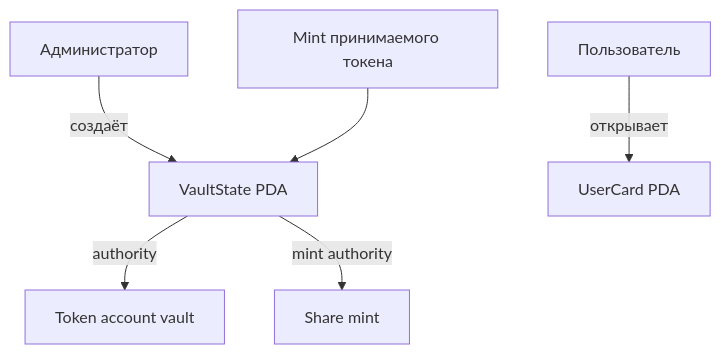
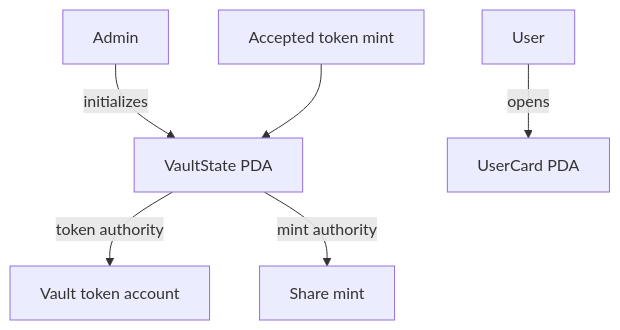
The diagram in README.md (BerikbaiNurai/Solana-course-), drawn with Mermaid before and after one commit. The commit also changed other lines of this file, not shown here.

````diff
--- a/README.md
+++ b/README.md
@@ -28,8 +28,8 @@
 ```mermaid
 flowchart TD
-    Admin[Администратор] -->|создаёт| State[VaultState PDA]
-    User[Пользователь] -->|открывает| Card[UserCard PDA]
-    Mint[Mint принимаемого токена] --> State
-    State -->|authority| Custody[Token account vault]
+    Admin[Admin] -->|initializes| State[VaultState PDA]
+    User[User] -->|opens| Card[UserCard PDA]
+    Mint[Accepted token mint] --> State
+    State -->|token authority| Custody[Vault token account]
     State -->|mint authority| Share[Share mint]
 ```
````
